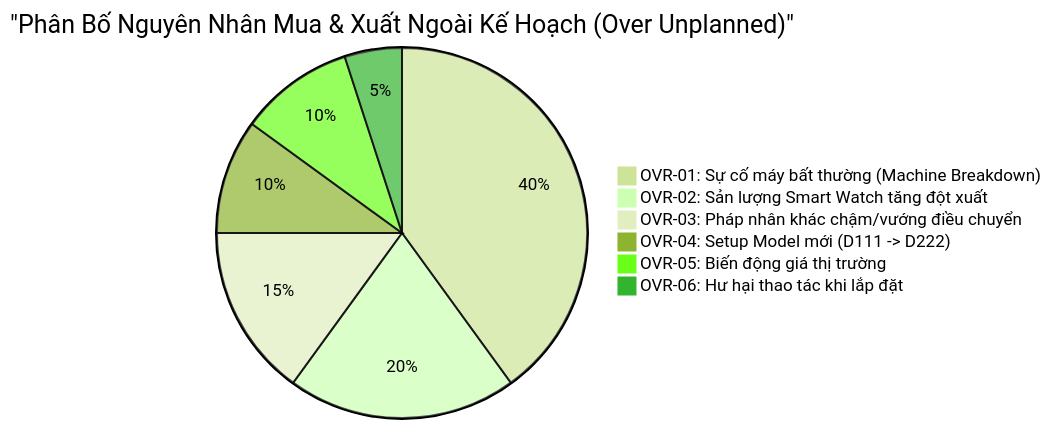
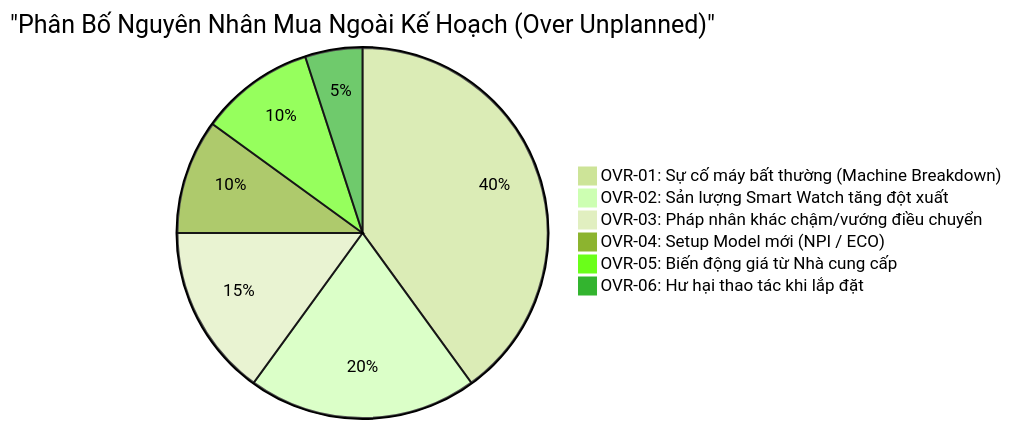
Before and after one commit to longphamduc-vn/ops-workflow: the second of 2 diagrams in procurement-system/04-budget-cost-and-over-management/02-unplanned-over-budget-tracking.md, drawn with Mermaid (forest theme). The commit also changed other lines of this file and 37 other files, not shown here.

````diff
--- a/procurement-system/04-budget-cost-and-over-management/02-unplanned-over-budget-tracking.md
+++ b/procurement-system/04-budget-cost-and-over-management/02-unplanned-over-budget-tracking.md
@@ -53,9 +56,9 @@
 ```mermaid
-pie title "Phân Bố Nguyên Nhân Mua & Xuất Ngoài Kế Hoạch (Over Unplanned)"
+pie title "Phân Bố Nguyên Nhân Mua Ngoài Kế Hoạch (Over Unplanned)"
     "OVR-01: Sự cố máy bất thường (Machine Breakdown)" : 40
     "OVR-02: Sản lượng Smart Watch tăng đột xuất" : 20
     "OVR-03: Pháp nhân khác chậm/vướng điều chuyển" : 15
-    "OVR-04: Setup Model mới (D111 -> D222)" : 10
-    "OVR-05: Biến động giá thị trường" : 10
+    "OVR-04: Setup Model mới (NPI / ECO)" : 10
+    "OVR-05: Biến động giá từ Nhà cung cấp" : 10
     "OVR-06: Hư hại thao tác khi lắp đặt" : 5
 ```
````
